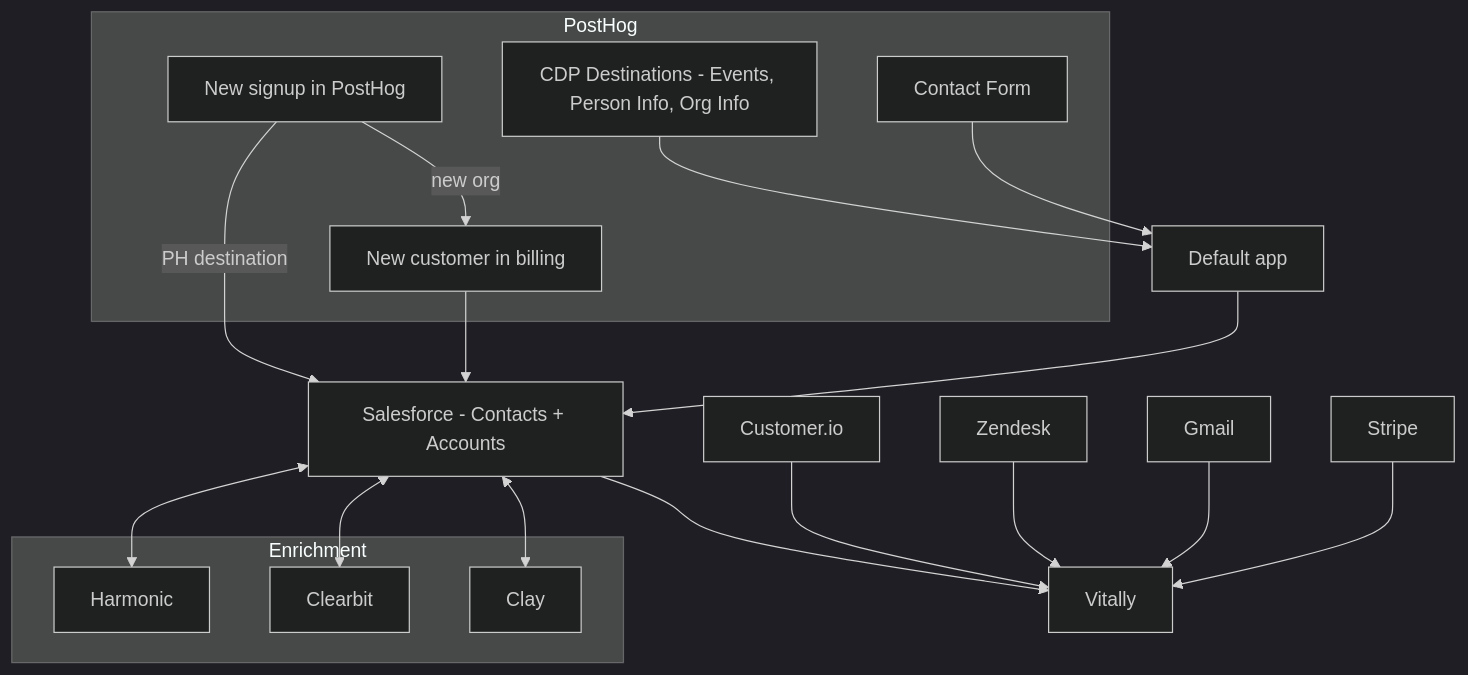
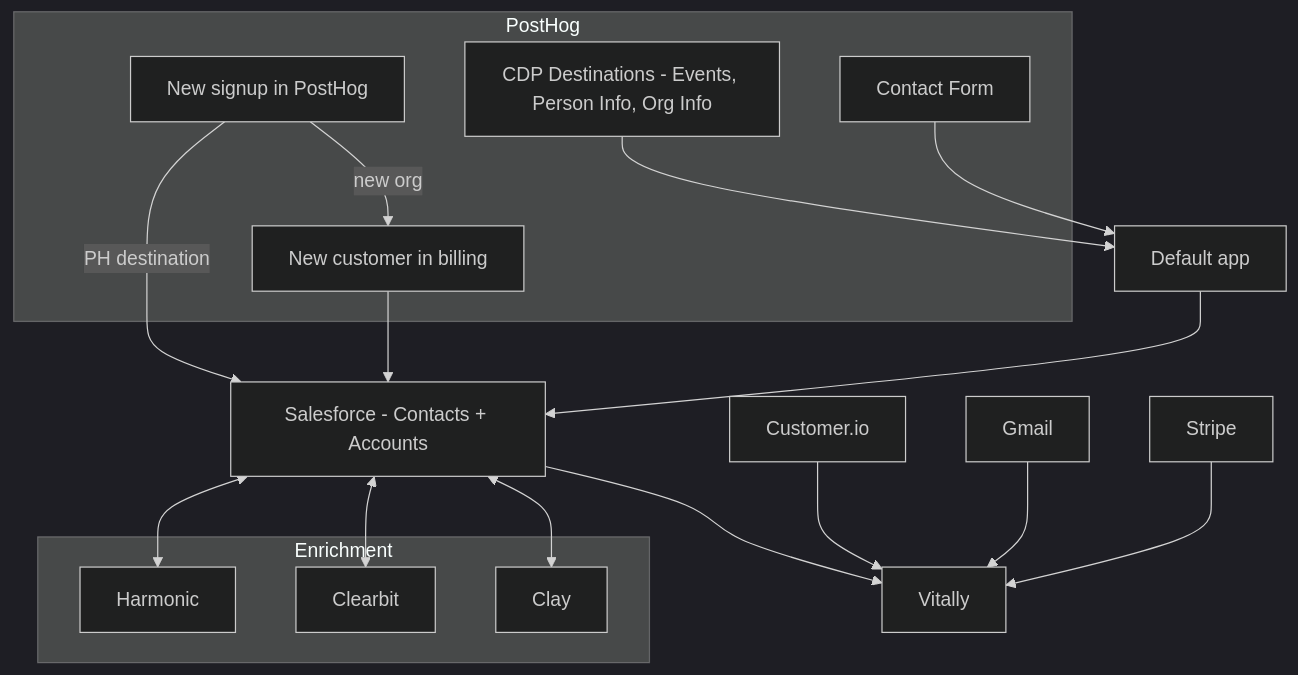
One commit to Rohan170603/posthog.com changed the second of 2 diagrams in contents/handbook/growth/sales/outbound-sales.md. Above: the diagram before and after it, drawn with Mermaid (dark theme). The commit also changed 34 other files, not shown here.

````diff
--- a/contents/handbook/growth/sales/outbound-sales.md
+++ b/contents/handbook/growth/sales/outbound-sales.md
@@ -293,34 +293,33 @@
 ```mermaid
 graph TD
     subgraph PostHog
         PH[New signup in PostHog]
         CDP[CDP Destinations - Events, Person Info, Org Info]
         CF[Contact Form]
         BILLING[New customer in billing]
     end
 
     subgraph Enrichment
         HARMONIC[Harmonic]
         CLEARBIT[Clearbit]
         CLAY[Clay]
     end
 
     PH -- "PH destination" --> SF
     PH -- "new org" --> BILLING
     CDP --> DEFAULT[Default app]
     CF --> DEFAULT
     DEFAULT --> SF
 
     SF[Salesforce - Contacts + Accounts]
 
     SF <--> HARMONIC
     SF <--> CLEARBIT
     SF <--> CLAY
     BILLING --> SF
 
     SF --> VITALLY[Vitally]
     CIO[Customer.io] --> VITALLY
-    ZENDESK[Zendesk] --> VITALLY
     GMAIL[Gmail] --> VITALLY
     STRIPE[Stripe] --> VITALLY
 ```
````
